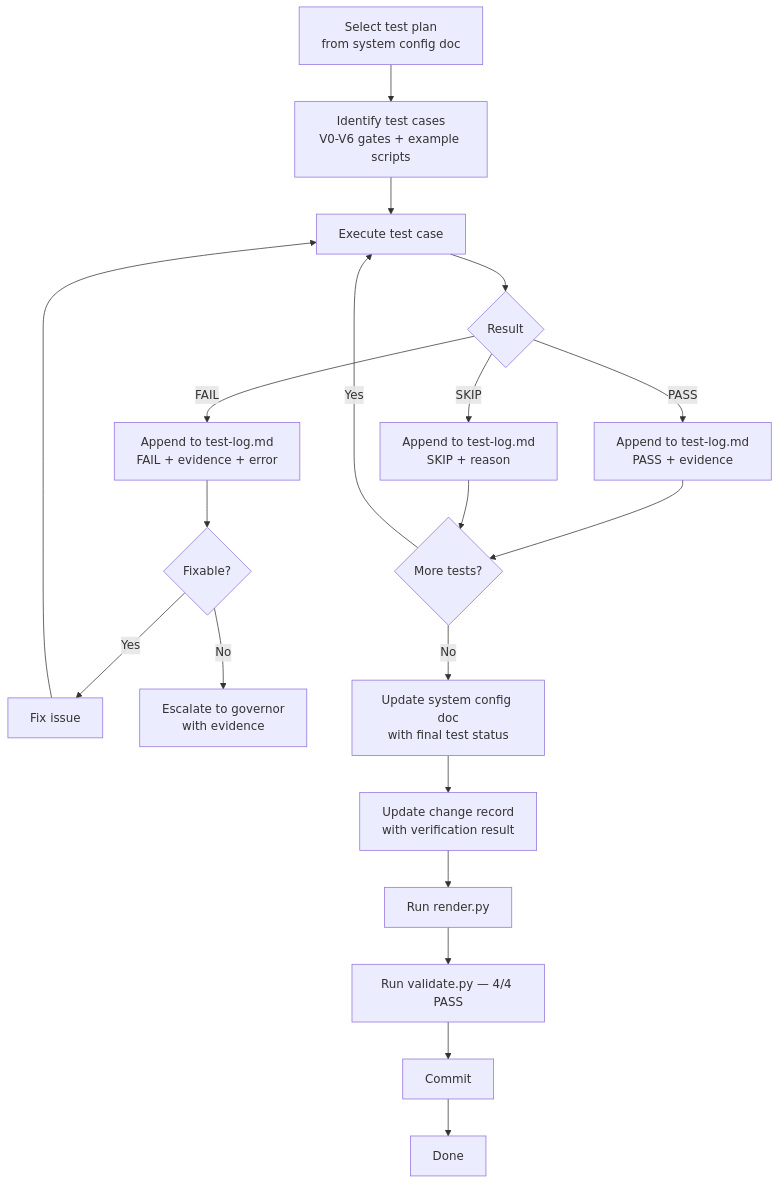
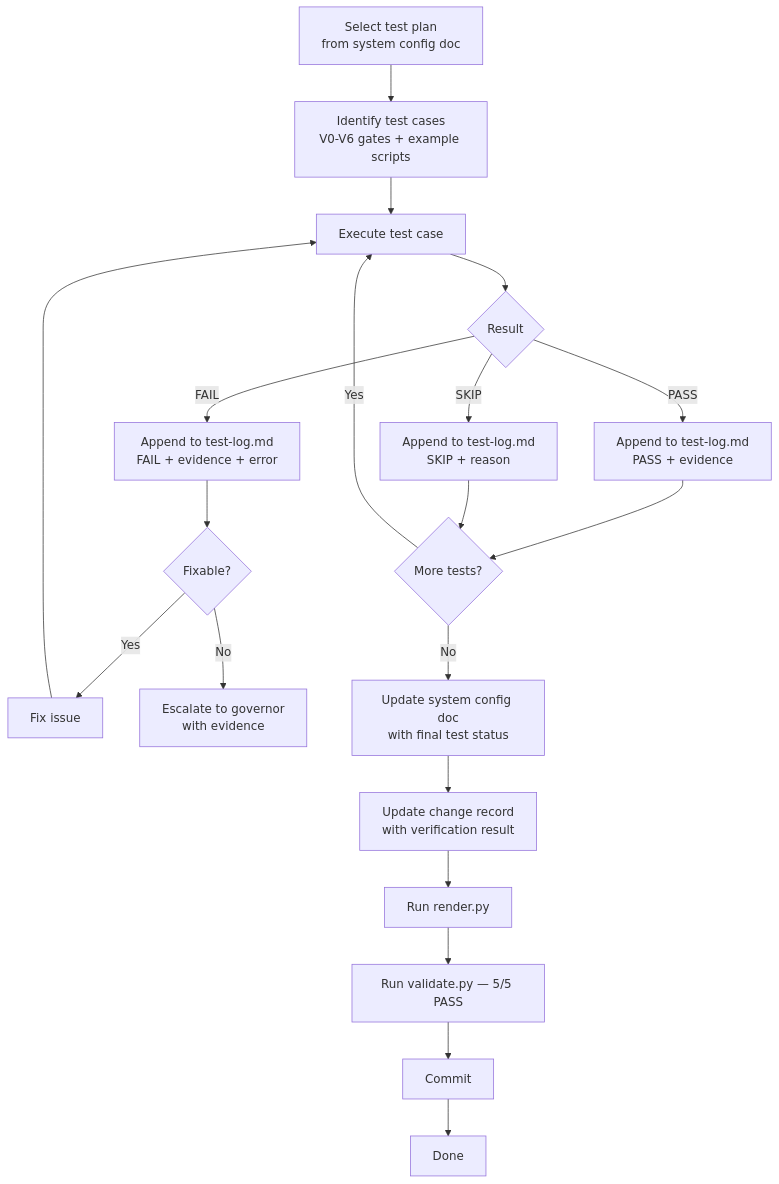
Before and after one commit to Hana-X-AI/HX-ASF-Servers: the diagram in governace/process/system-validation-testing.md, drawn with Mermaid. The commit also changed 35 other files, not shown here.

````diff
--- a/governace/process/system-validation-testing.md
+++ b/governace/process/system-validation-testing.md
@@ -5,22 +5,22 @@
 ```mermaid
 flowchart TD
     A[Select test plan\nfrom system config doc] --> B[Identify test cases\nV0-V6 gates + example scripts]
     B --> C[Execute test case]
     C --> D{Result}
     D -->|PASS| E[Append to test-log.md\nPASS + evidence]
     D -->|FAIL| F[Append to test-log.md\nFAIL + evidence + error]
     D -->|SKIP| G[Append to test-log.md\nSKIP + reason]
     E --> H{More tests?}
     F --> I{Fixable?}
     G --> H
     I -->|Yes| J[Fix issue]
     J --> C
     I -->|No| K[Escalate to governor\nwith evidence]
     H -->|Yes| C
     H -->|No| L[Update system config doc\nwith final test status]
     L --> M[Update change record\nwith verification result]
     M --> N[Run render.py]
-    N --> O[Run validate.py — 4/4 PASS]
+    N --> O[Run validate.py — 5/5 PASS]
     O --> P[Commit]
     P --> Q[Done]
 ```
````
